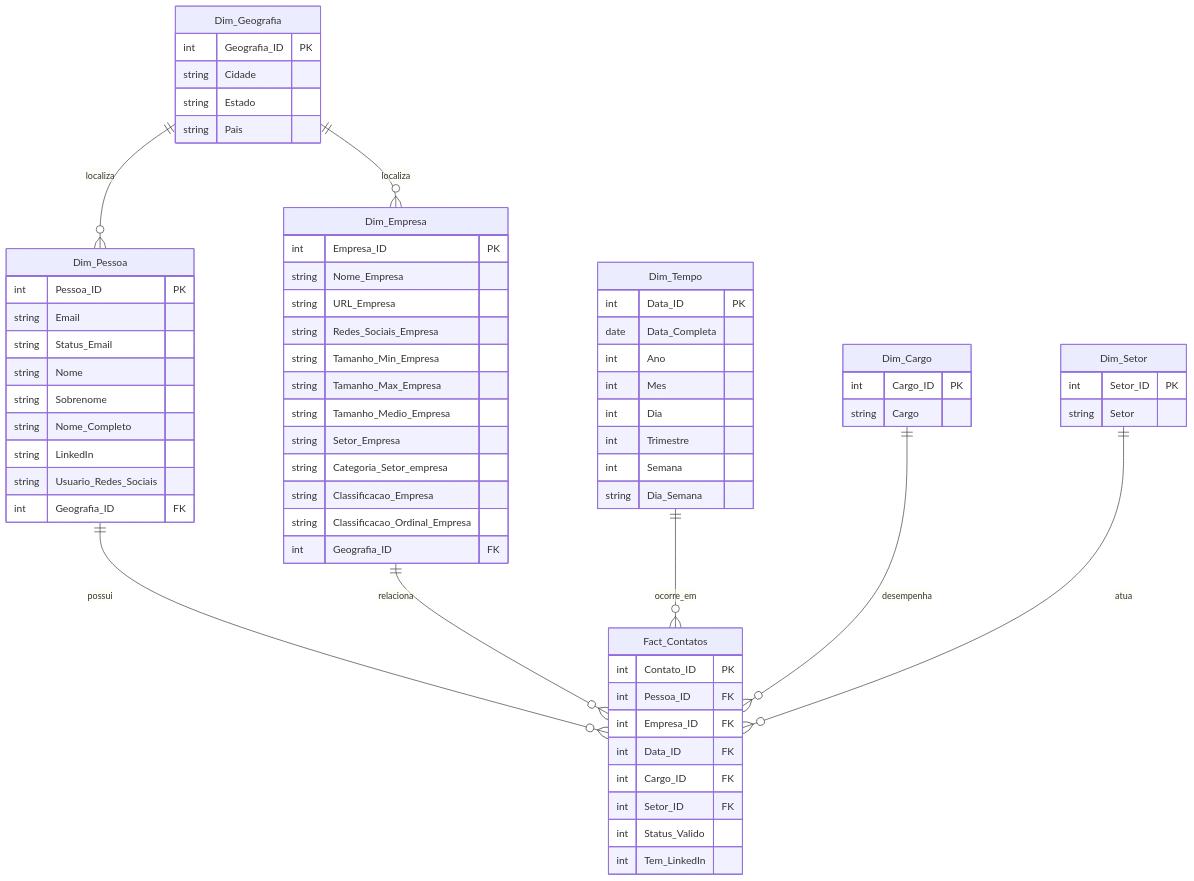
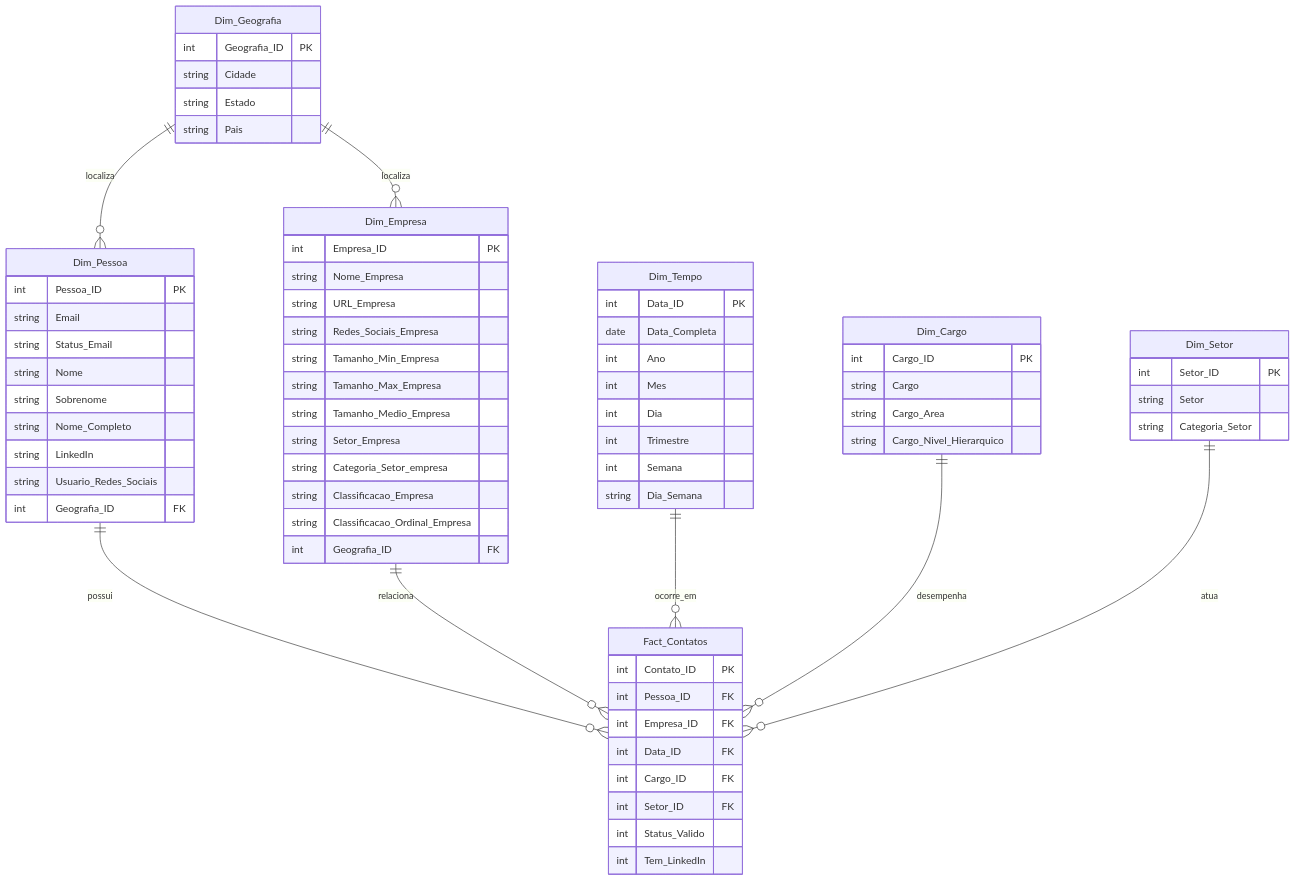
The diagram in Módulo_2_Ferramentas_de_TI/Exercicios/Exercicio_01/Relatorio_Exercicio_01.md (Germano-Silva/DTIH-Data-Analytics-for-Management), drawn with Mermaid before and after one commit. The commit also changed 2 other files, not shown here.

````diff
--- a/Módulo_2_Ferramentas_de_TI/Exercicios/Exercicio_01/Relatorio_Exercicio_01.md
+++ b/Módulo_2_Ferramentas_de_TI/Exercicios/Exercicio_01/Relatorio_Exercicio_01.md
@@ -864,70 +864,73 @@
 ```mermaid
    erDiagram
       Dim_Pessoa ||--o{ Fact_Contatos : "possui"
       Dim_Empresa ||--o{ Fact_Contatos : "relaciona"
       Dim_Geografia ||--o{ Dim_Pessoa : "localiza"
       Dim_Geografia ||--o{ Dim_Empresa : "localiza"
       Dim_Tempo ||--o{ Fact_Contatos : "ocorre_em"
       Dim_Cargo ||--o{ Fact_Contatos : "desempenha"
       Dim_Setor ||--o{ Fact_Contatos : "atua"
       Dim_Pessoa {
          int Pessoa_ID PK
          string Email
          string Status_Email
          string Nome
          string Sobrenome
          string Nome_Completo
          string LinkedIn
          string Usuario_Redes_Sociais
          int Geografia_ID FK
       }
       Dim_Empresa {
          int Empresa_ID PK
          string Nome_Empresa
          string URL_Empresa
          string Redes_Sociais_Empresa
          string Tamanho_Min_Empresa
          string Tamanho_Max_Empresa
          string Tamanho_Medio_Empresa
          string Setor_Empresa
          string Categoria_Setor_empresa
          string Classificacao_Empresa
          string Classificacao_Ordinal_Empresa
          int Geografia_ID FK
       }
       Dim_Geografia {
          int Geografia_ID PK
          string Cidade
          string Estado
          string Pais
       }
       Dim_Tempo {
          int Data_ID PK
          date Data_Completa
          int Ano
          int Mes
          int Dia
          int Trimestre
          int Semana
          string Dia_Semana
       }
       Dim_Cargo {
          int Cargo_ID PK
          string Cargo
+         string Cargo_Area
+         string Cargo_Nivel_Hierarquico
       }
       Dim_Setor {
          int Setor_ID PK
          string Setor
+         string Categoria_Setor
       }
       Fact_Contatos {
          int Contato_ID PK
          int Pessoa_ID FK
          int Empresa_ID FK
          int Data_ID FK
          int Cargo_ID FK
          int Setor_ID FK
          int Status_Valido
          int Tem_LinkedIn
       }
 
 ```
````
